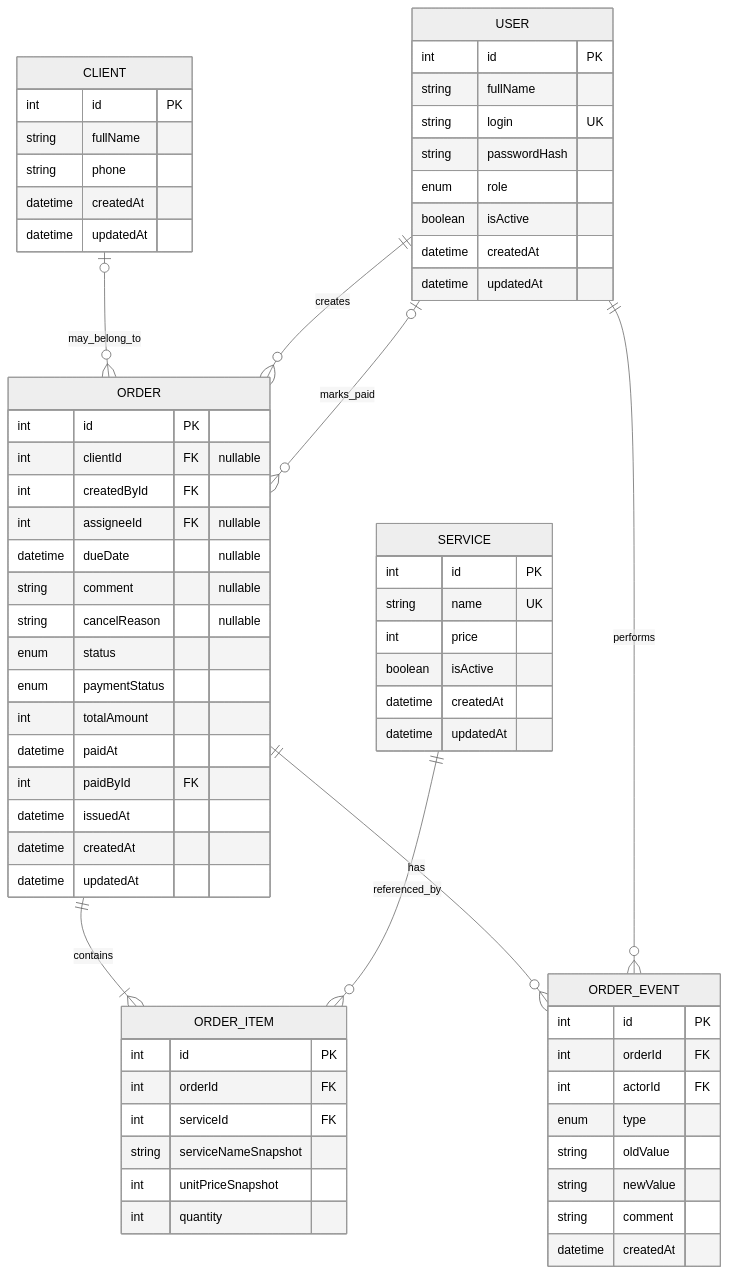
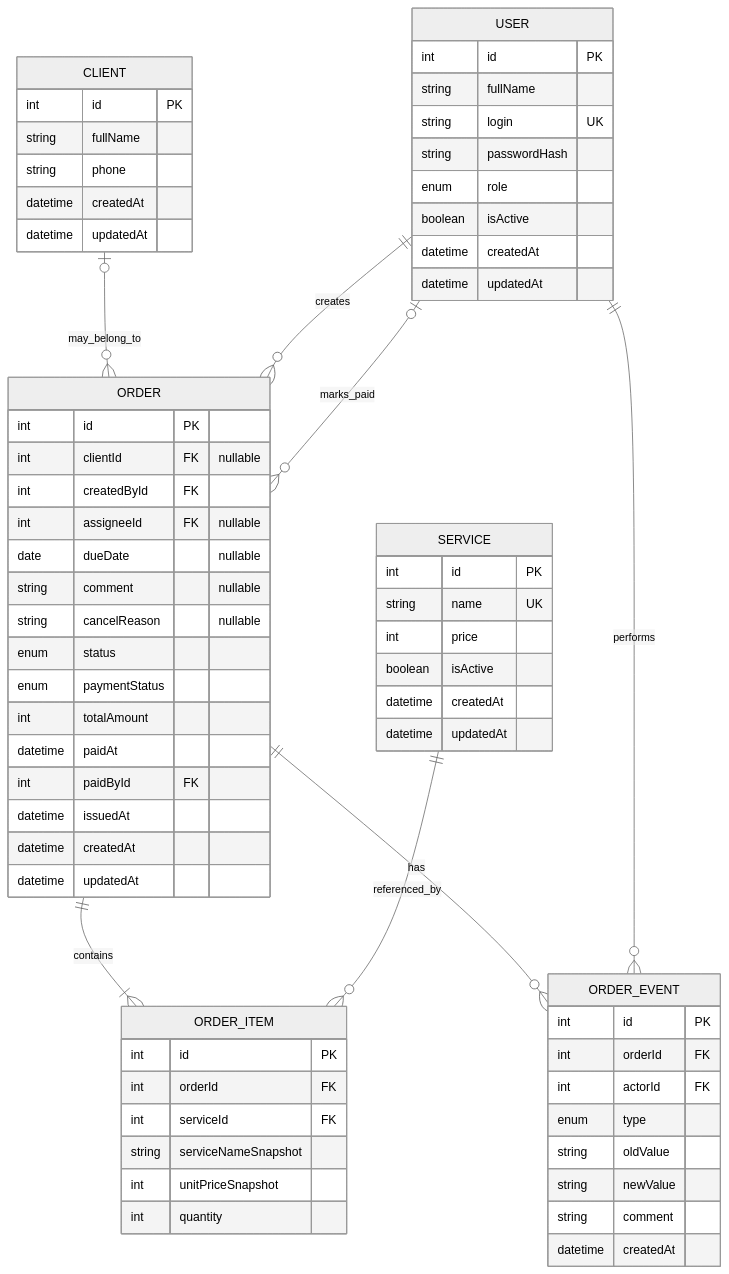
The second of 4 diagrams in docs/architecture.md (ironstars219-ui/key), drawn with Mermaid (neutral theme) before and after one commit. The commit also changed other lines of this file and 1 other file, not shown here.

First line of the commit message:
docs: dueDate is date only, fix repo name

````diff
--- a/docs/architecture.md
+++ b/docs/architecture.md
@@ -361,71 +361,71 @@
 ```mermaid
 erDiagram
     CLIENT |o--o{ ORDER : "may_belong_to"
     USER ||--o{ ORDER : "creates"
     USER |o--o{ ORDER : "marks_paid"
     ORDER ||--|{ ORDER_ITEM : "contains"
     SERVICE ||--o{ ORDER_ITEM : "referenced_by"
     ORDER ||--o{ ORDER_EVENT : "has"
     USER ||--o{ ORDER_EVENT : "performs"
 
     USER {
         int id PK
         string fullName
         string login UK
         string passwordHash
         enum role
         boolean isActive
         datetime createdAt
         datetime updatedAt
     }
     CLIENT {
         int id PK
         string fullName
         string phone
         datetime createdAt
         datetime updatedAt
     }
     SERVICE {
         int id PK
         string name UK
         int price
         boolean isActive
         datetime createdAt
         datetime updatedAt
     }
     ORDER {
         int id PK
         int clientId FK "nullable"
         int createdById FK
         int assigneeId FK "nullable"
-        datetime dueDate "nullable"
+        date dueDate "nullable"
         string comment "nullable"
         string cancelReason "nullable"
         enum status
         enum paymentStatus
         int totalAmount
         datetime paidAt
         int paidById FK
         datetime issuedAt
         datetime createdAt
         datetime updatedAt
     }
     ORDER_ITEM {
         int id PK
         int orderId FK
         int serviceId FK
         string serviceNameSnapshot
         int unitPriceSnapshot
         int quantity
     }
     ORDER_EVENT {
         int id PK
         int orderId FK
         int actorId FK
         enum type
         string oldValue
         string newValue
         string comment
         datetime createdAt
     }
 ```
````
